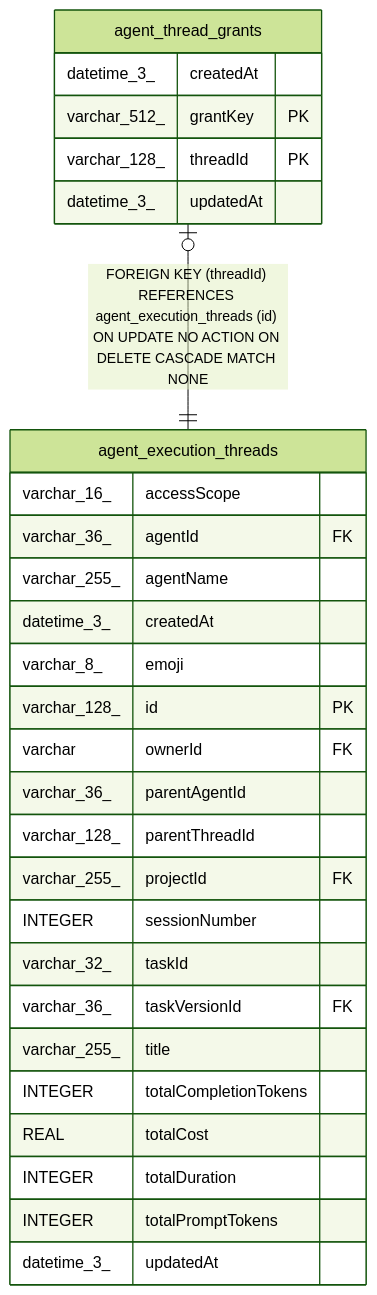
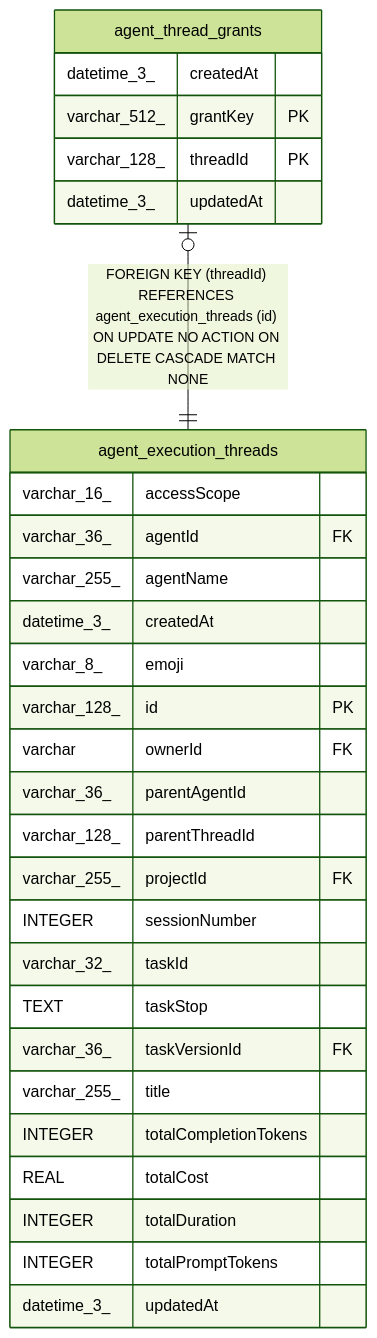
The diagram in docs/generated/sqlite-schema/agent_thread_grants.md (sreent/n8n), drawn with Mermaid (forest theme) before and after one commit. The commit also changed 7993 other files, not shown here.

````diff
--- a/docs/generated/sqlite-schema/agent_thread_grants.md
+++ b/docs/generated/sqlite-schema/agent_thread_grants.md
@@ -40,33 +40,34 @@
 ```mermaid
 erDiagram
 
 "agent_thread_grants" |o--|| "agent_execution_threads" : "FOREIGN KEY (threadId) REFERENCES agent_execution_threads (id) ON UPDATE NO ACTION ON DELETE CASCADE MATCH NONE"
 
 "agent_thread_grants" {
   datetime_3_ createdAt
   varchar_512_ grantKey PK
   varchar_128_ threadId PK
   datetime_3_ updatedAt
 }
 "agent_execution_threads" {
   varchar_16_ accessScope
   varchar_36_ agentId FK
   varchar_255_ agentName
   datetime_3_ createdAt
   varchar_8_ emoji
   varchar_128_ id PK
   varchar ownerId FK
   varchar_36_ parentAgentId
   varchar_128_ parentThreadId
   varchar_255_ projectId FK
   INTEGER sessionNumber
   varchar_32_ taskId
+  TEXT taskStop
   varchar_36_ taskVersionId FK
   varchar_255_ title
   INTEGER totalCompletionTokens
   REAL totalCost
   INTEGER totalDuration
   INTEGER totalPromptTokens
   datetime_3_ updatedAt
 }
 ```
````
